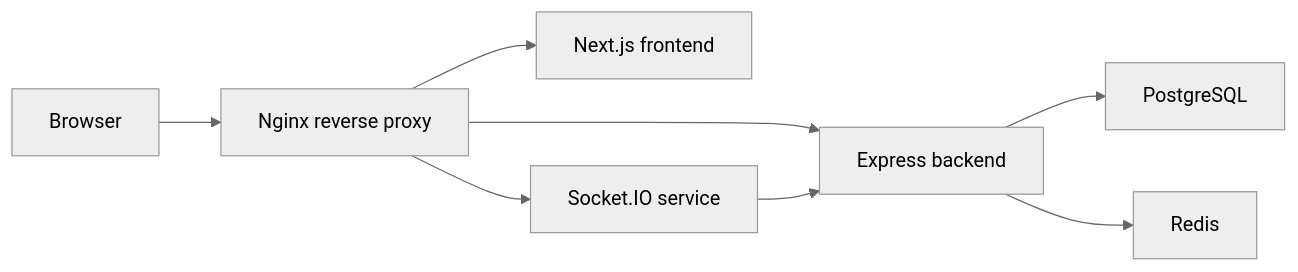
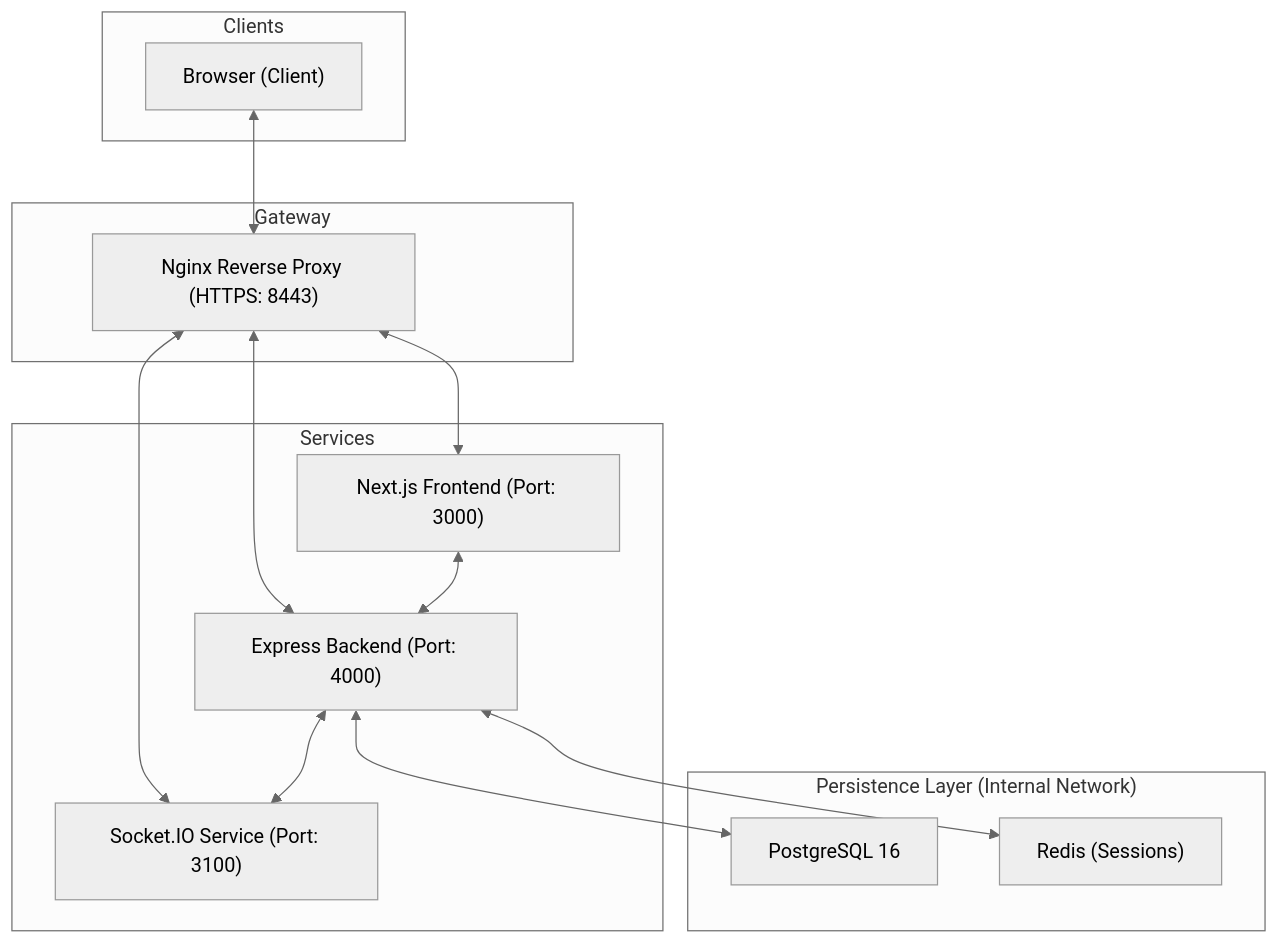
The first of 2 diagrams in README.md (42-BCN/Transcendence), drawn with Mermaid (neutral theme) before and after one commit. The commit also changed other lines of this file, not shown here.

Commit message:
Update README with enhanced UI/UX and TypeScript details
Refine UI/UX design responsibilities and clarify TypeScript usage.

````diff
--- a/README.md
+++ b/README.md
@@ -144,10 +145,31 @@
 ```mermaid
-flowchart LR
-   User["Browser"] --> Nginx["Nginx reverse proxy"]
-   Nginx --> Frontend["Next.js frontend"]
-   Nginx --> Backend["Express backend"]
-   Nginx --> Socket["Socket.IO service"]
-   Backend --> DB["PostgreSQL"]
-   Backend --> Redis["Redis"]
-   Socket --> Backend
+flowchart TD
+   subgraph Clients
+      Browser["Browser (Client)"]
+   end
+
+   subgraph Gateway
+      Nginx["Nginx Reverse Proxy (HTTPS: 8443)"]
+   end
+
+   subgraph Services
+      Frontend["Next.js Frontend (Port: 3000)"]
+      Backend["Express Backend (Port: 4000)"]
+      Socket["Socket.IO Service (Port: 3100)"]
+   end
+
+   subgraph Persistence ["Persistence Layer (Internal Network)"]
+      DB["PostgreSQL 16"]
+      Redis["Redis (Sessions)"]
+   end
+
+   Browser <--> Nginx
+   Nginx <--> Frontend
+   Nginx <--> Backend
+   Nginx <--> Socket
+
+   Frontend <--> Backend
+   Backend <--> Socket
+   Backend <--> DB
+   Backend <--> Redis
 ```
````
